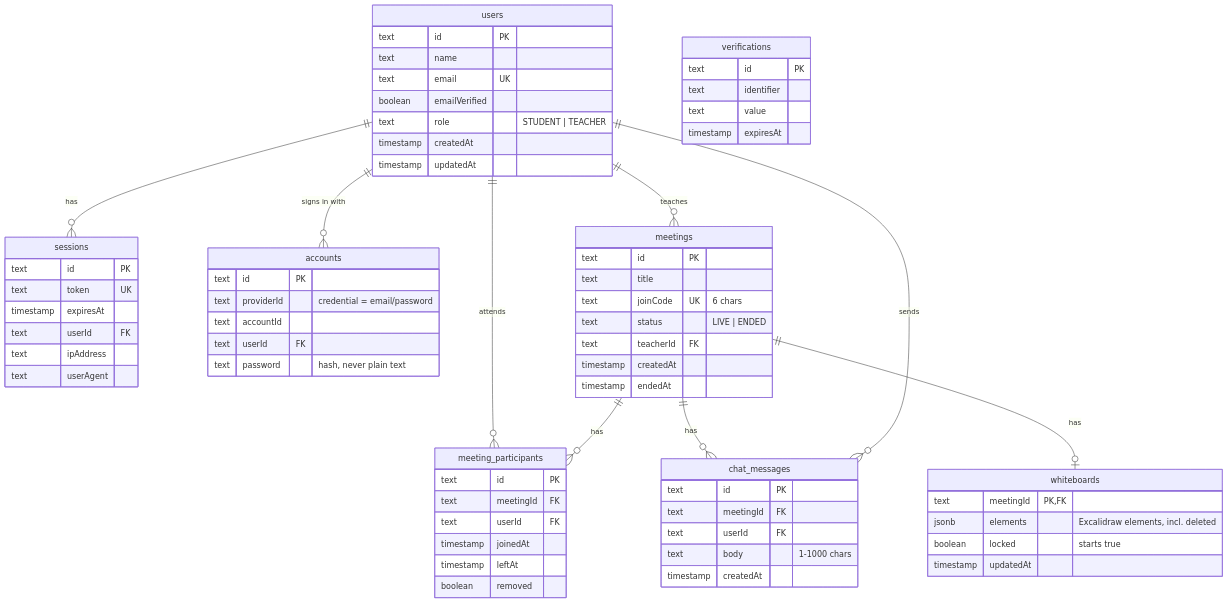
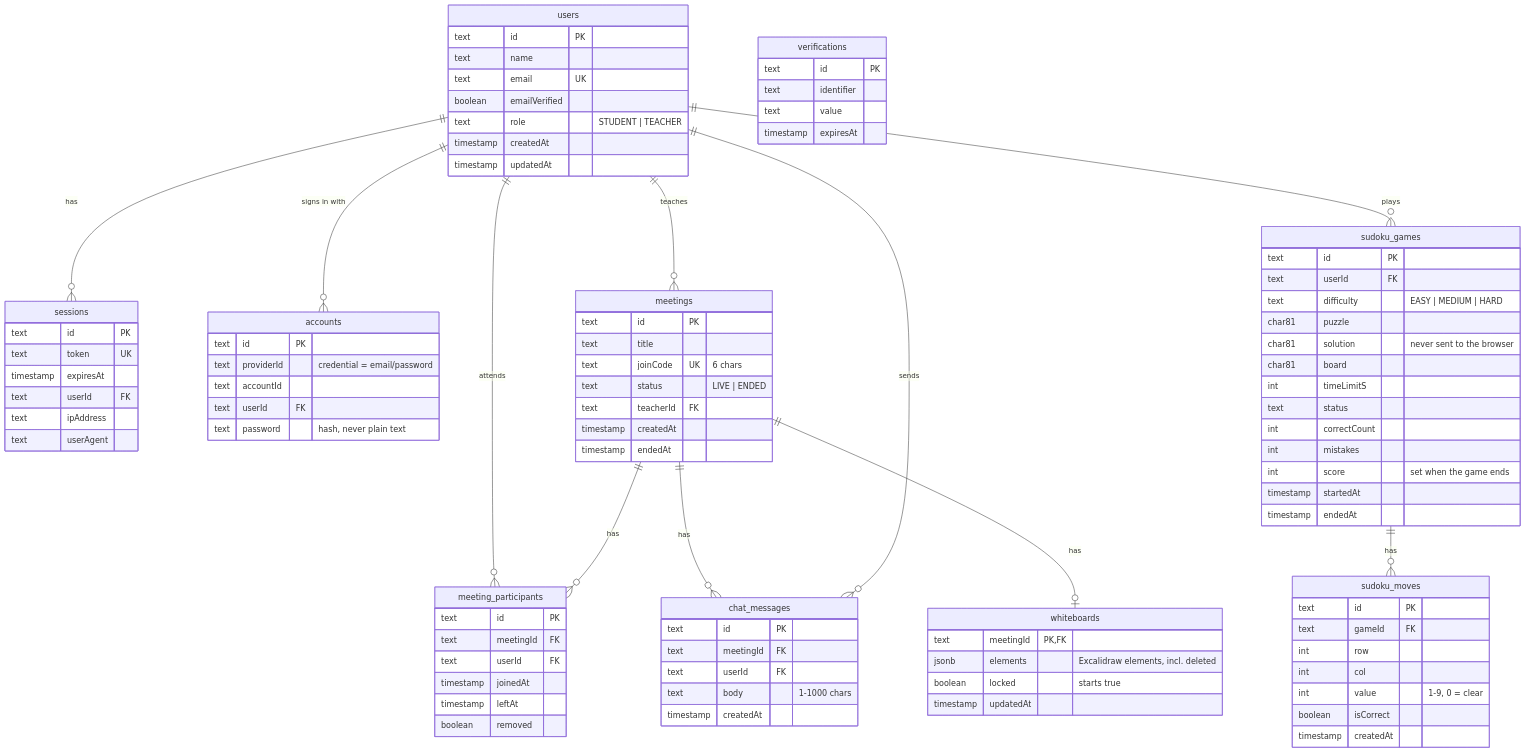
Before and after one commit to ali-shiekh16/learning-platform: the diagram in docs/database.md, drawn with Mermaid. The commit also changed other lines of this file and 2 other files, not shown here.

Commit message:
docs: document Sudoku tables, count only correct entries and mistakes

````diff
--- a/docs/database.md
+++ b/docs/database.md
@@ -25,6 +25,8 @@
   meetings ||--o{ chat_messages : "has"
   users ||--o{ chat_messages : "sends"
   meetings ||--o| whiteboards : "has"
+  users ||--o{ sudoku_games : "plays"
+  sudoku_games ||--o{ sudoku_moves : "has"
 
   users {
     text id PK
@@ -86,4 +88,28 @@
     boolean locked "starts true"
     timestamp updatedAt
   }
+  sudoku_games {
+    text id PK
+    text userId FK
+    text difficulty "EASY | MEDIUM | HARD"
+    char81 puzzle
+    char81 solution "never sent to the browser"
+    char81 board
+    int timeLimitS
+    text status
+    int correctCount
+    int mistakes
+    int score "set when the game ends"
+    timestamp startedAt
+    timestamp endedAt
+  }
+  sudoku_moves {
+    text id PK
+    text gameId FK
+    int row
+    int col
+    int value "1-9, 0 = clear"
+    boolean isCorrect
+    timestamp createdAt
+  }
 ```
````
